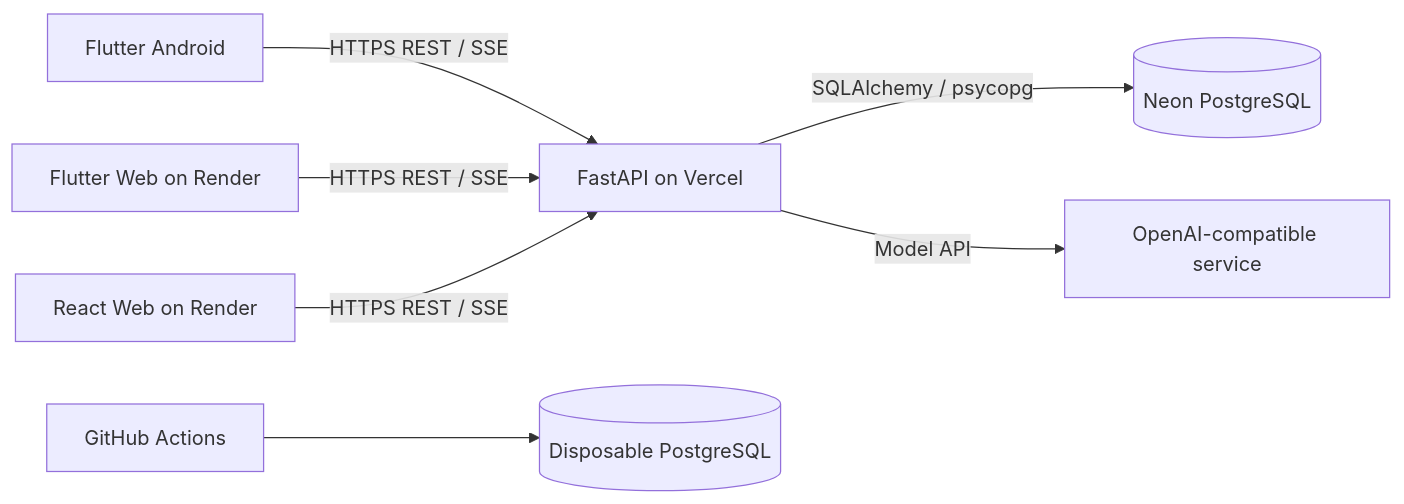
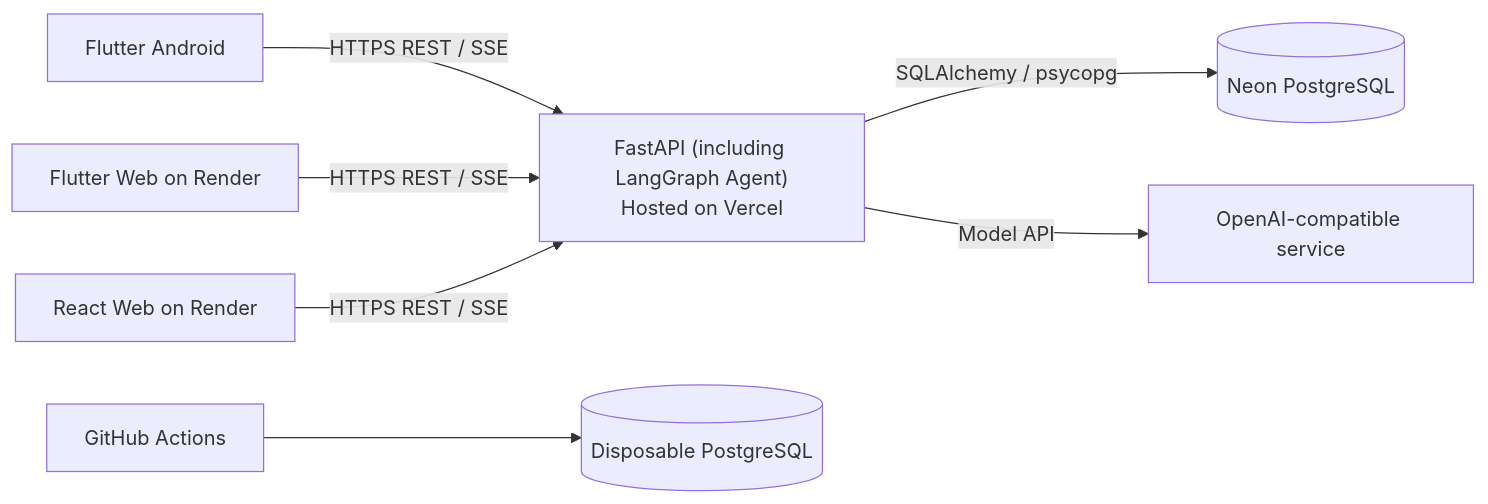
The diagram in README.md (syan349/sayfridge), drawn with Mermaid before and after one commit. The commit also changed other lines of this file, not shown here.

Commit message:
Update README LangGraph architecture links

````diff
--- a/README.md
+++ b/README.md
@@ -74,9 +74,9 @@
 ```mermaid
 flowchart LR
-    Android[Flutter Android] -->|HTTPS REST / SSE| API[FastAPI on Vercel]
+    Android[Flutter Android] -->|HTTPS REST / SSE| API["FastAPI (including LangGraph Agent)<br/>Hosted on Vercel"]
     MobileWeb[Flutter Web on Render] -->|HTTPS REST / SSE| API
     Web[React Web on Render] -->|HTTPS REST / SSE| API
     API -->|SQLAlchemy / psycopg| DB[(Neon PostgreSQL)]
     API -->|Model API| AI[OpenAI-compatible service]
     CI[GitHub Actions] --> TestDB[(Disposable PostgreSQL)]
 ```
````
